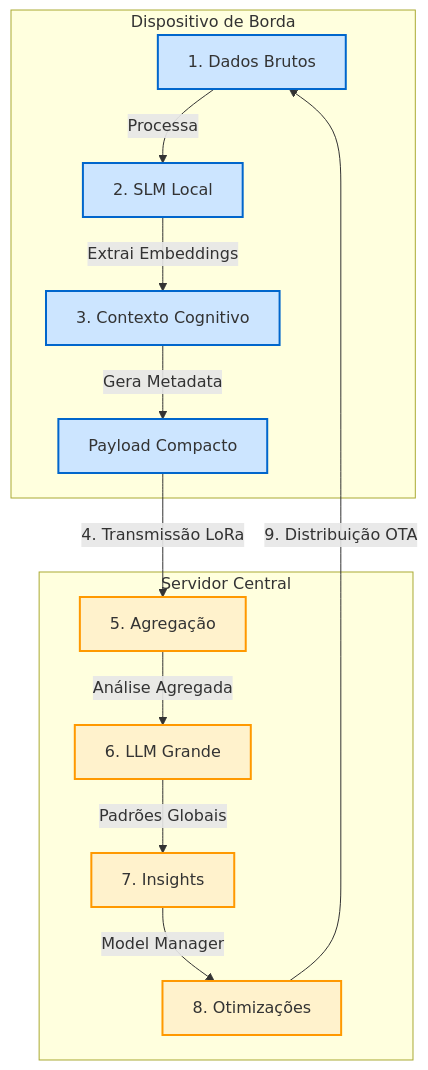
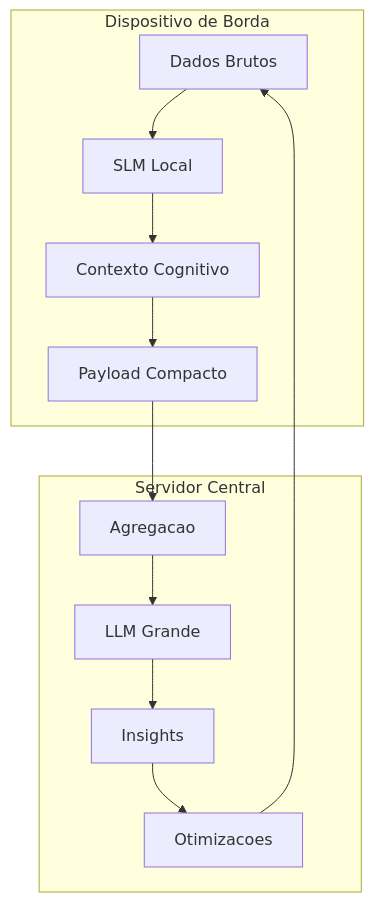
One commit to Atous-Technology-Systems/network changed the fifth of 5 diagrams in README.md. Above: the diagram before and after it, drawn with Mermaid. The commit also changed other lines of this file, not shown here.

Commit message:
fix: fix mermaid 5

````diff
--- a/README.md
+++ b/README.md
@@ -214,31 +214,25 @@
 ```mermaid
 graph TD
-    subgraph Edge ["Dispositivo de Borda"]
-        A["1. Dados Brutos"]
-        B["2. SLM Local"]
-        C["3. Contexto Cognitivo"]
-        D["Payload Compacto"]
+    subgraph Edge [Dispositivo de Borda]
+        A[Dados Brutos]
+        B[SLM Local]
+        C[Contexto Cognitivo]
+        D[Payload Compacto]
     end
-
-    subgraph Cloud ["Servidor Central"]
-        E["5. Agregação"]
-        F["6. LLM Grande"]
-        G["7. Insights"]
-        H["8. Otimizações"]
+    
+    subgraph Cloud [Servidor Central]
+        E[Agregacao]
+        F[LLM Grande]
+        G[Insights]
+        H[Otimizacoes]
     end
-
-    A -->|"Processa"| B
-    B -->|"Extrai Embeddings"| C
-    C -->|"Gera Metadata"| D
-    D -->|"4. Transmissão LoRa"| E
-    E -->|"Análise Agregada"| F
-    F -->|"Padrões Globais"| G
-    G -->|"Model Manager"| H
-    H -->|"9. Distribuição OTA"| A
-
-    classDef edge fill:#cce5ff,stroke:#0066cc,stroke-width:2px
-    classDef cloud fill:#fff2cc,stroke:#ff9900,stroke-width:2px
     
-    class A,B,C,D edge
-    class E,F,G,H cloud
+    A --> B
+    B --> C
+    C --> D
+    D --> E
+    E --> F
+    F --> G
+    G --> H
+    H --> A
 ```
````
